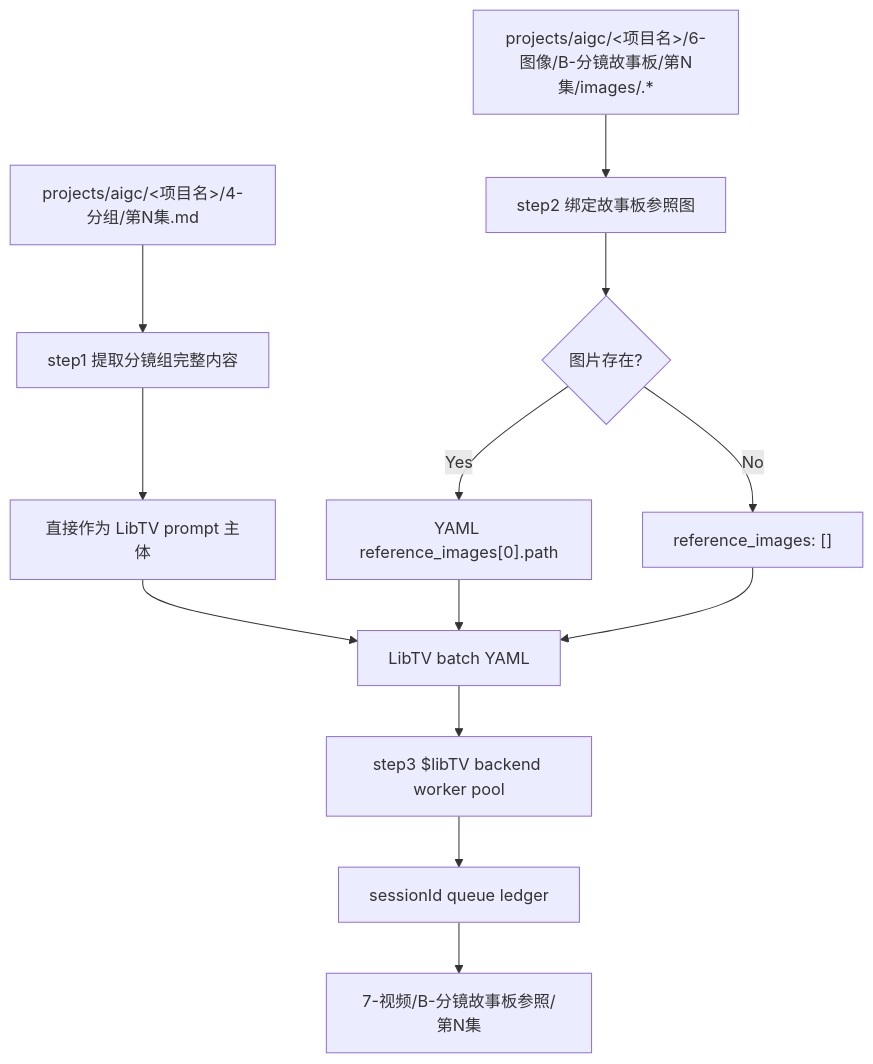
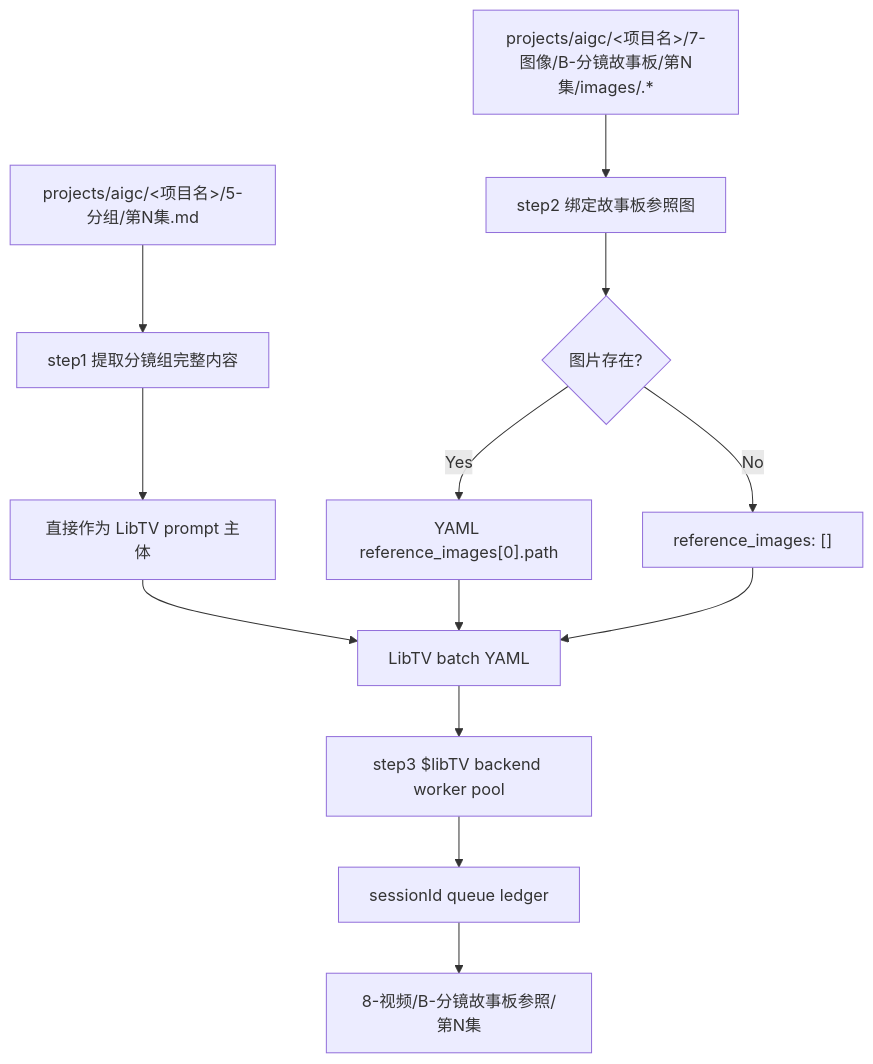
The first of 3 diagrams in .agents/skills/aigc/backup/B-分镜故事板参照/SKILL.md (ZEN-VOID/AI-CUT), drawn with Mermaid before and after one commit. The commit also changed other lines of this file and 1070 other files, not shown here.

````diff
--- a/.agents/skills/aigc/backup/B-分镜故事板参照/SKILL.md
+++ b/.agents/skills/aigc/backup/B-分镜故事板参照/SKILL.md
@@ -130,15 +130,15 @@
 ```mermaid
 flowchart TD
-    A["projects/aigc/<项目名>/4-分组/第N集.md"] --> B["step1 提取分镜组完整内容"]
+    A["projects/aigc/<项目名>/5-分组/第N集.md"] --> B["step1 提取分镜组完整内容"]
     B --> C["直接作为 LibTV prompt 主体"]
-    D["projects/aigc/<项目名>/6-图像/B-分镜故事板/第N集/images/<group_id>.*"] --> E["step2 绑定故事板参照图"]
+    D["projects/aigc/<项目名>/7-图像/B-分镜故事板/第N集/images/<group_id>.*"] --> E["step2 绑定故事板参照图"]
     E --> F{"图片存在?"}
     F -->|"Yes"| G["YAML reference_images[0].path"]
     F -->|"No"| H["reference_images: []"]
     C --> I["LibTV batch YAML"]
     G --> I
     H --> I
     I --> J["step3 $libTV backend worker pool"]
     J --> K["sessionId queue ledger"]
-    K --> L["7-视频/B-分镜故事板参照/第N集"]
+    K --> L["8-视频/B-分镜故事板参照/第N集"]
 ```
````
